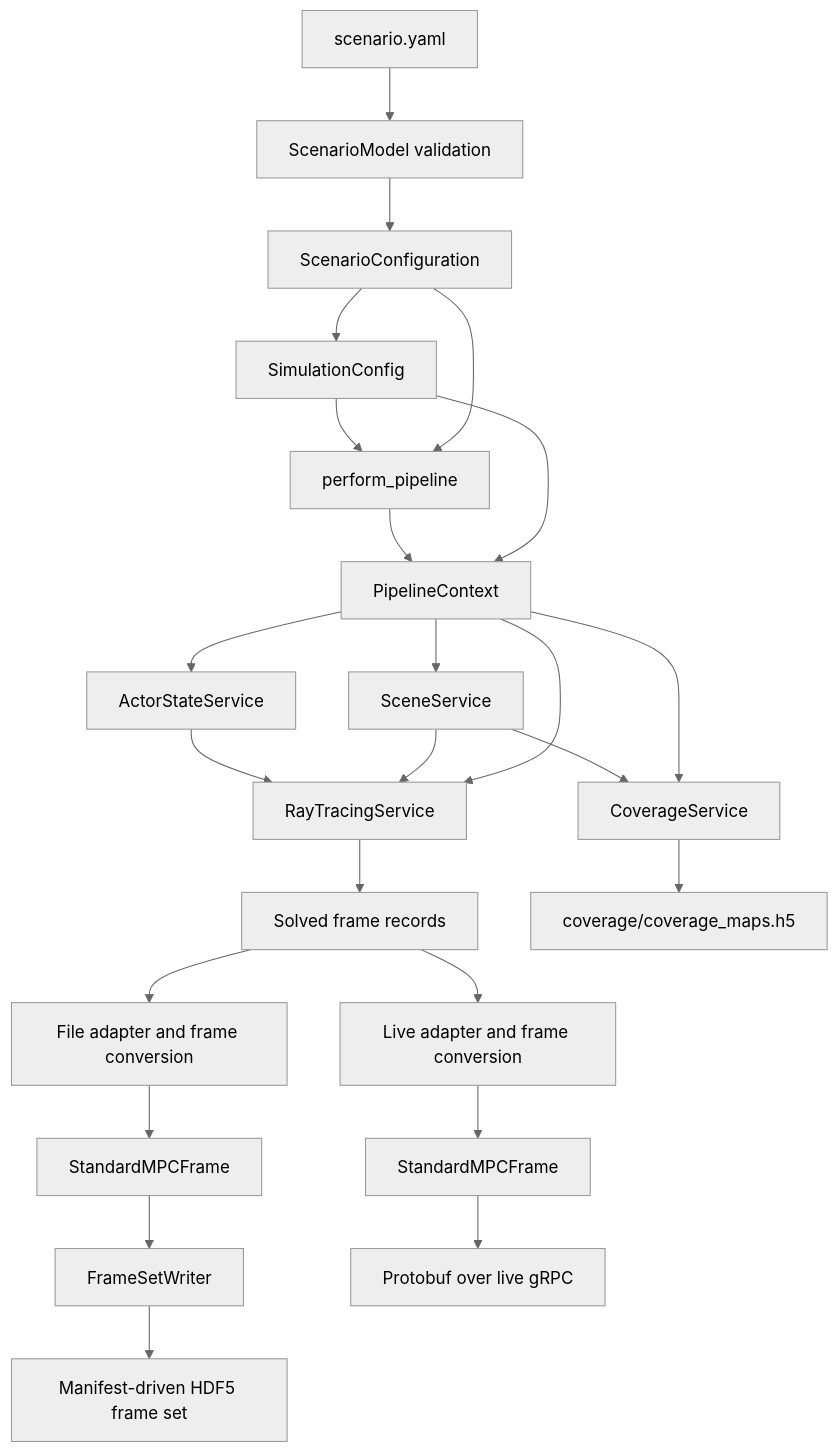
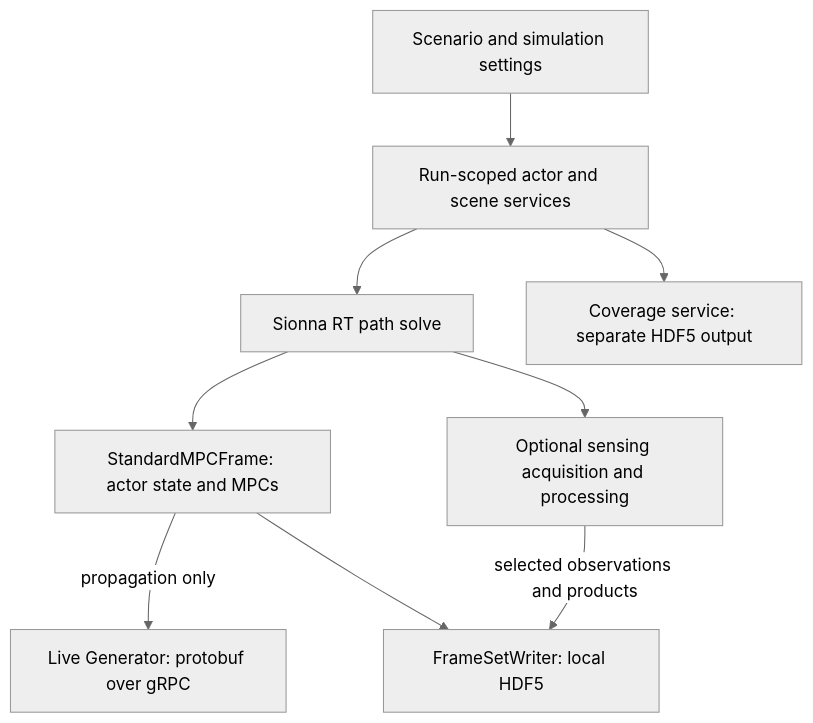
Before and after one commit to usnistgov/ORCHAV: the diagram in docs/development/architecture.md, drawn with Mermaid (neutral theme). The commit also changed other lines of this file and 1981 other files, not shown here.

````diff
--- a/docs/development/architecture.md
+++ b/docs/development/architecture.md
@@ -30,29 +28,11 @@
 ```mermaid
 flowchart TB
-    YAML["scenario.yaml"] --> Model["ScenarioModel validation"]
-    Model --> Scenario["ScenarioConfiguration"]
-    Scenario --> Runtime["SimulationConfig"]
-    Runtime --> Dispatch["perform_pipeline"]
-    Dispatch --> Context["PipelineContext"]
-    Scenario --> Dispatch
-    Runtime --> Context
-
-    Context --> Actors["ActorStateService"]
-    Context --> Scene["SceneService"]
-    Actors --> Rays["RayTracingService"]
-    Scene --> Rays
-    Context --> Rays
-    Scene --> Coverage["CoverageService"]
-    Context --> Coverage
-
-    Rays --> Raw["Solved frame records"]
-    Raw --> FileOutput["File adapter and frame conversion"]
-    FileOutput --> FileFrame["StandardMPCFrame"]
-    FileFrame --> Writer["FrameSetWriter"]
-    Writer --> FrameSet["Manifest-driven HDF5 frame set"]
-    Raw --> LiveOutput["Live adapter and frame conversion"]
-    LiveOutput --> LiveFrame["StandardMPCFrame"]
-    LiveFrame --> LiveWire["Protobuf over live gRPC"]
-
-    Coverage --> CoverageFile["coverage/coverage_maps.h5"]
+    Config["Scenario and simulation settings"] --> Runtime["Run-scoped actor and scene services"]
+    Runtime --> Solve["Sionna RT path solve"]
+    Solve --> Frame["StandardMPCFrame: actor state and MPCs"]
+    Solve --> Acquire["Optional sensing acquisition and processing"]
+    Frame -->|"propagation only"| Live["Live Generator: protobuf over gRPC"]
+    Frame --> Writer["FrameSetWriter: local HDF5"]
+    Acquire -->|"selected observations and products"| Writer
+    Runtime --> Coverage["Coverage service: separate HDF5 output"]
 ```
````
